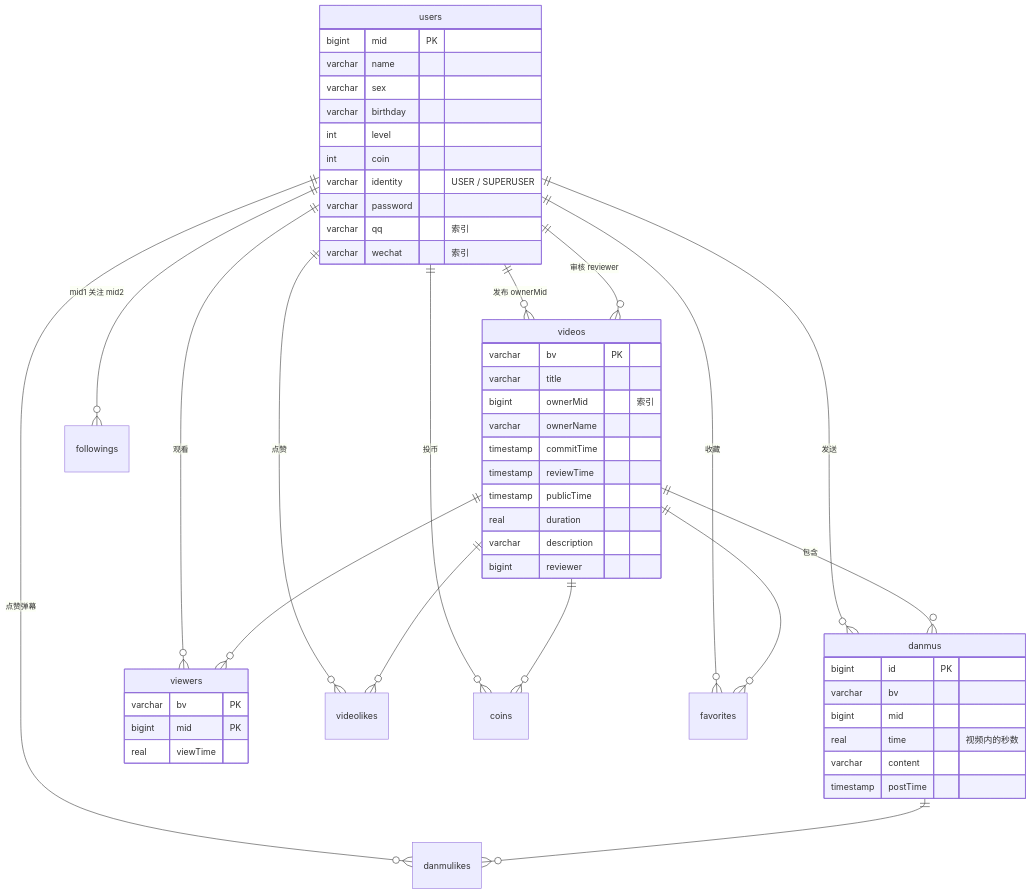
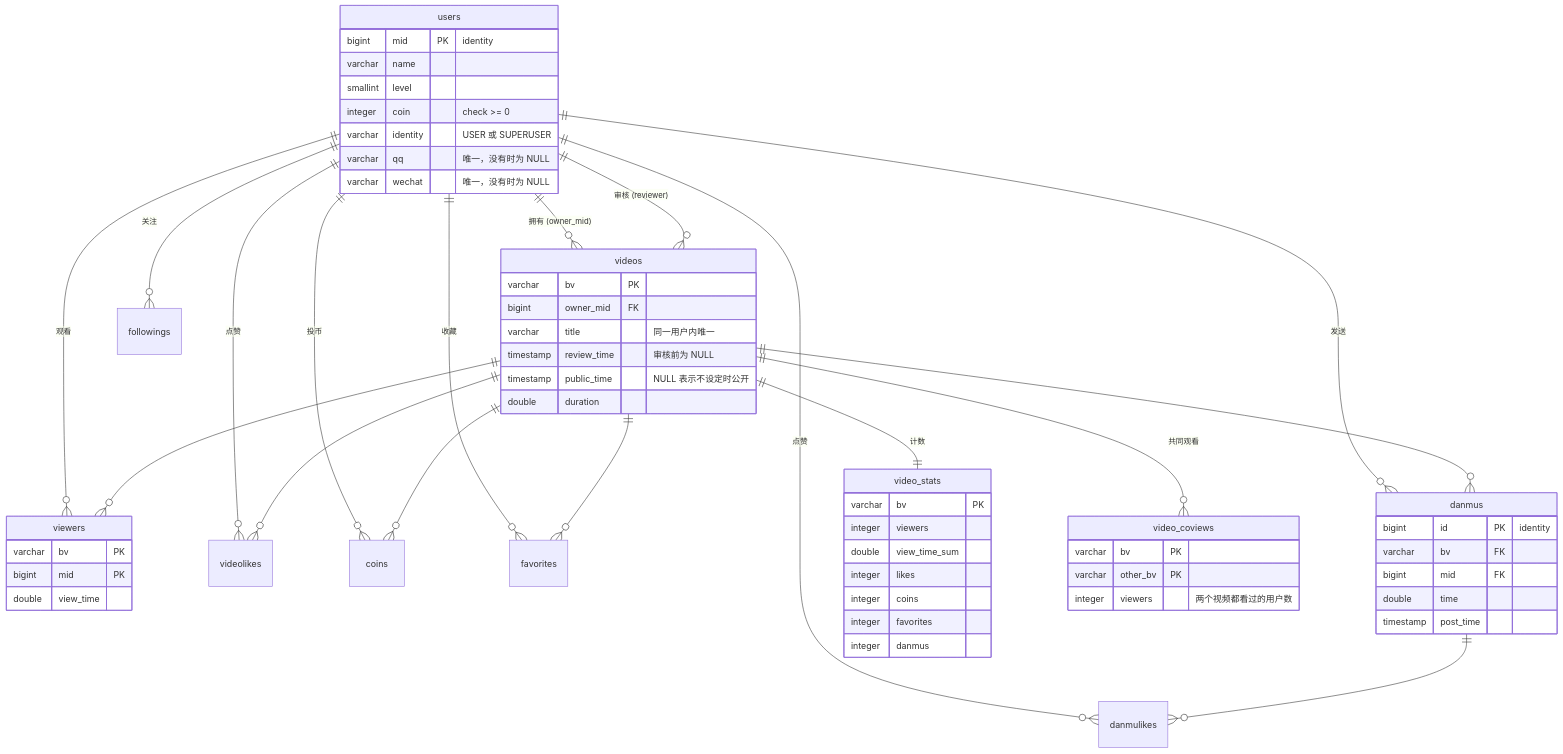
Before and after one commit to smallfishsworld/Video-Sharing-Platform-Database-System: the second of 2 diagrams in README.zh-CN.md, drawn with Mermaid. The commit also changed other lines of this file and 19 other files, not shown here.

````diff
--- a/README.zh-CN.md
+++ b/README.zh-CN.md
@@ -46,56 +68,64 @@
 ```mermaid
 erDiagram
-    users ||--o{ videos : "发布 ownerMid"
-    users ||--o{ videos : "审核 reviewer"
+    users ||--o{ videos : "拥有 (owner_mid)"
+    users ||--o{ videos : "审核 (reviewer)"
+    users ||--o{ followings : "关注"
+    users ||--o{ viewers : "观看"
+    users ||--o{ videolikes : "点赞"
+    users ||--o{ coins : "投币"
+    users ||--o{ favorites : "收藏"
     users ||--o{ danmus : "发送"
-    videos ||--o{ danmus : "包含"
-    users ||--o{ followings : "mid1 关注 mid2"
-    users ||--o{ viewers : "观看"
+    users ||--o{ danmulikes : "点赞"
     videos ||--o{ viewers : ""
-    users ||--o{ videolikes : "点赞"
     videos ||--o{ videolikes : ""
-    users ||--o{ coins : "投币"
     videos ||--o{ coins : ""
-    users ||--o{ favorites : "收藏"
     videos ||--o{ favorites : ""
-    users ||--o{ danmulikes : "点赞弹幕"
+    videos ||--o{ danmus : ""
     danmus ||--o{ danmulikes : ""
+    videos ||--|| video_stats : "计数"
+    videos ||--o{ video_coviews : "共同观看"
 
     users {
-        bigint mid PK
+        bigint mid PK "identity"
         varchar name
-        varchar sex
-        varchar birthday
-        int level
-        int coin
-        varchar identity "USER / SUPERUSER"
-        varchar password
-        varchar qq "索引"
-        varchar wechat "索引"
+        smallint level
+        integer coin "check >= 0"
+        varchar identity "USER 或 SUPERUSER"
+        varchar qq "唯一，没有时为 NULL"
+        varchar wechat "唯一，没有时为 NULL"
     }
     videos {
         varchar bv PK
-        varchar title
-        bigint ownerMid "索引"
-        varchar ownerName
-        timestamp commitTime
-        timestamp reviewTime
-        timestamp publicTime
-        real duration
-        varchar description
-        bigint reviewer
-    }
-    danmus {
-        bigint id PK
-        varchar bv
-        bigint mid
-        real time "视频内的秒数"
-        varchar content
-        timestamp postTime
+        bigint owner_mid FK
+        varchar title "同一用户内唯一"
+        timestamp review_time "审核前为 NULL"
+        timestamp public_time "NULL 表示不设定时公开"
+        double duration
     }
     viewers {
         varchar bv PK
         bigint mid PK
-        real viewTime
+        double view_time
+    }
+    danmus {
+        bigint id PK "identity"
+        varchar bv FK
+        bigint mid FK
+        double time
+        timestamp post_time
+    }
+    video_stats {
+        varchar bv PK
+        integer viewers
+        double view_time_sum
+        integer likes
+        integer coins
+        integer favorites
+        integer danmus
+    }
+    video_coviews {
+        varchar bv PK
+        varchar other_bv PK
+        integer viewers "两个视频都看过的用户数"
     }
 ```
````
